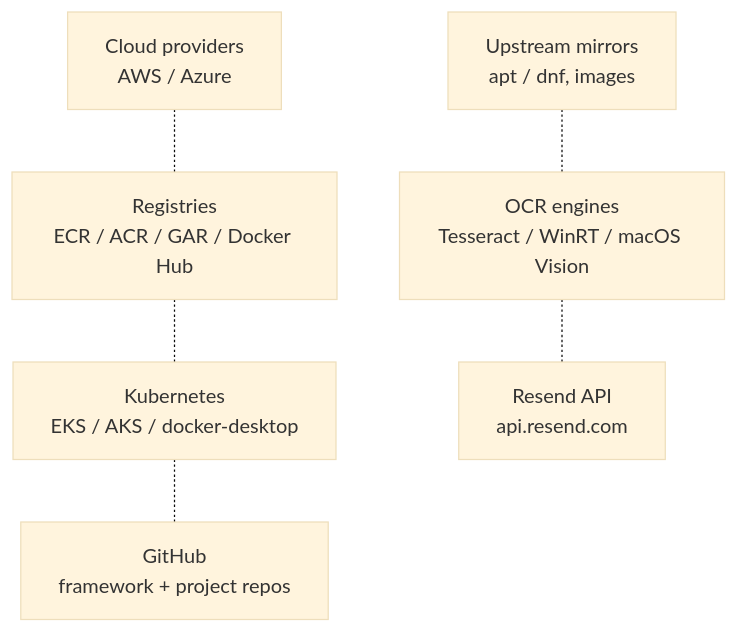
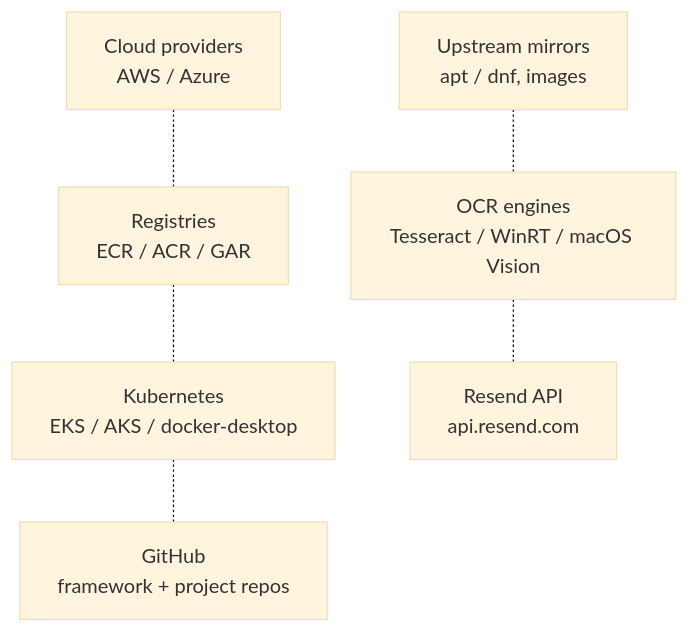
One commit to alissonsol/yuruna changed the seventh of 7 diagrams in docs/design/02-component-breakdown.md. Above: the diagram before and after it, drawn with Mermaid (base theme). The commit also changed other lines of this file and 652 other files, not shown here.

````diff
--- a/docs/design/02-component-breakdown.md
+++ b/docs/design/02-component-breakdown.md
@@ -416,13 +585,13 @@
 ```mermaid
 flowchart TD
     clouds[Cloud providers<br/>AWS / Azure]
-    registries[Registries<br/>ECR / ACR / GAR / Docker Hub]
+    registries[Registries<br/>ECR / ACR / GAR]
     clusters[Kubernetes<br/>EKS / AKS / docker-desktop]
     github[GitHub<br/>framework + project repos]
     mirrors[Upstream mirrors<br/>apt / dnf, images]
     ocr[OCR engines<br/>Tesseract / WinRT / macOS Vision]
     email[Resend API<br/>api.resend.com]
 
     clouds -.- registries -.- clusters -.- github
     mirrors -.- ocr -.- email
 ```
````
